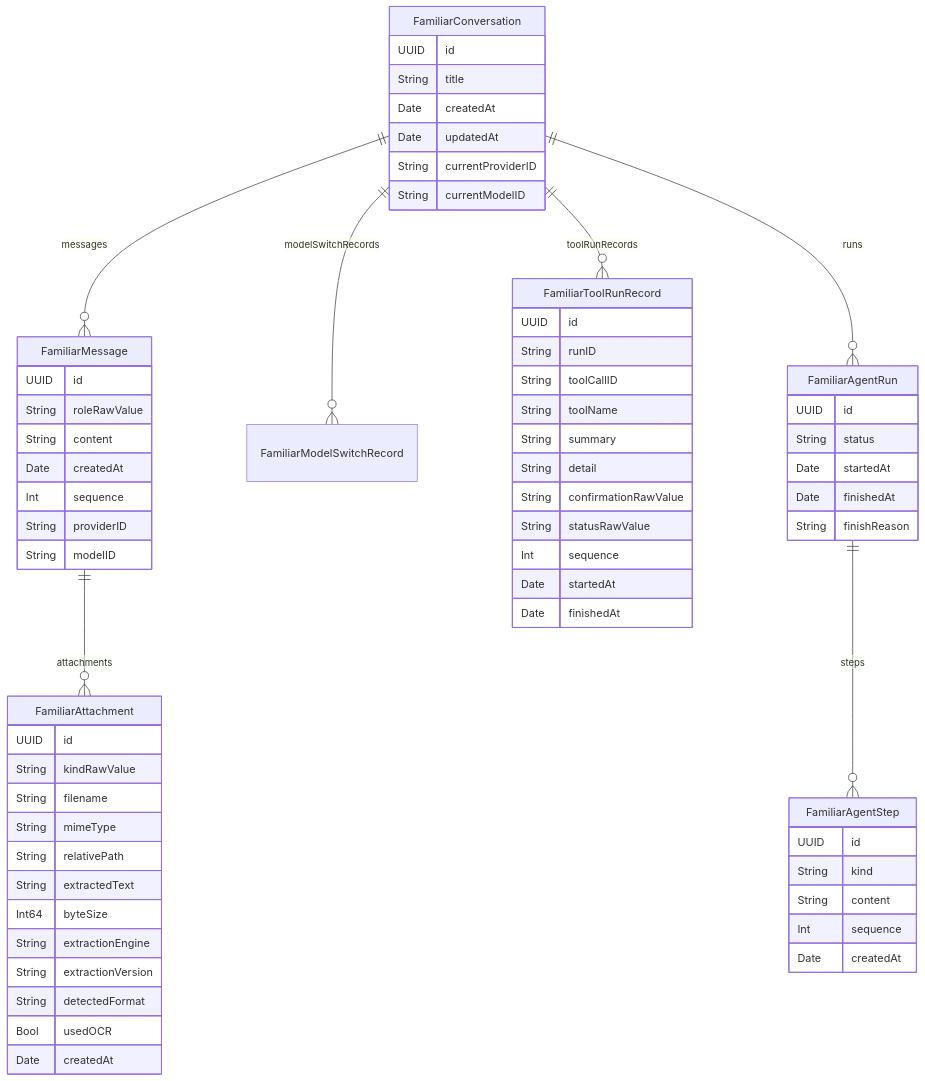
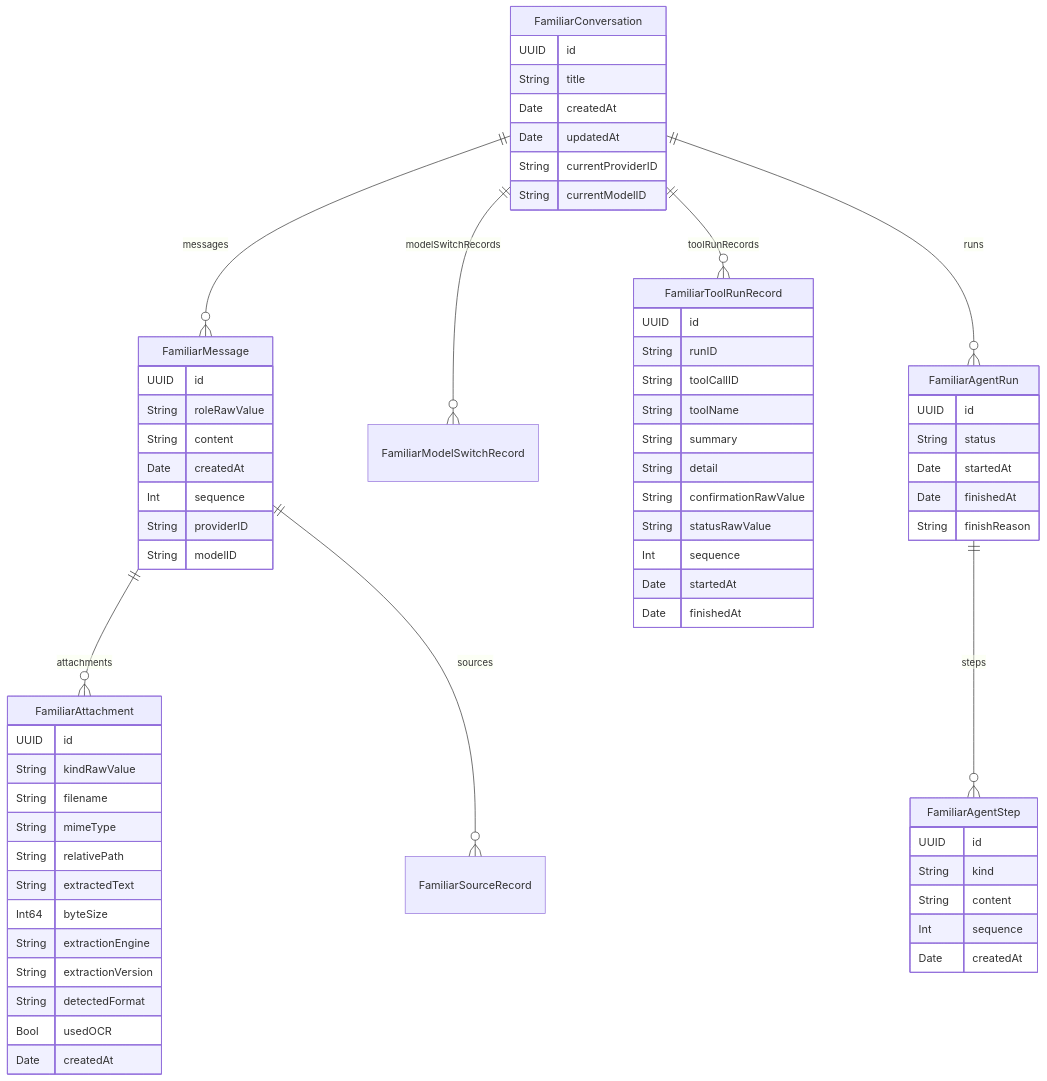
Before and after one commit to IsaacHuo/Familiar: the diagram in Docs/05-local-data-and-privacy.md, drawn with Mermaid. The commit also changed other lines of this file and 1 other file, not shown here.

````diff
--- a/Docs/05-local-data-and-privacy.md
+++ b/Docs/05-local-data-and-privacy.md
@@ -53,68 +55,69 @@
 ```mermaid
 erDiagram
     FamiliarConversation ||--o{ FamiliarMessage : messages
     FamiliarConversation ||--o{ FamiliarModelSwitchRecord : modelSwitchRecords
     FamiliarConversation ||--o{ FamiliarToolRunRecord : toolRunRecords
     FamiliarConversation ||--o{ FamiliarAgentRun : runs
     FamiliarAgentRun ||--o{ FamiliarAgentStep : steps
     FamiliarMessage ||--o{ FamiliarAttachment : attachments
+    FamiliarMessage ||--o{ FamiliarSourceRecord : sources
 
     FamiliarConversation {
         UUID id
         String title
         Date createdAt
         Date updatedAt
         String currentProviderID
         String currentModelID
     }
     FamiliarMessage {
         UUID id
         String roleRawValue
         String content
         Date createdAt
         Int sequence
         String providerID
         String modelID
     }
     FamiliarAttachment {
         UUID id
         String kindRawValue
         String filename
         String mimeType
         String relativePath
         String extractedText
         Int64 byteSize
         String extractionEngine
         String extractionVersion
         String detectedFormat
         Bool usedOCR
         Date createdAt
     }
     FamiliarToolRunRecord {
         UUID id
         String runID
         String toolCallID
         String toolName
         String summary
         String detail
         String confirmationRawValue
         String statusRawValue
         Int sequence
         Date startedAt
         Date finishedAt
     }
     FamiliarAgentRun {
         UUID id
         String status
         Date startedAt
         Date finishedAt
         String finishReason
     }
     FamiliarAgentStep {
         UUID id
         String kind
         String content
         Int sequence
         Date createdAt
     }
 ```
````
